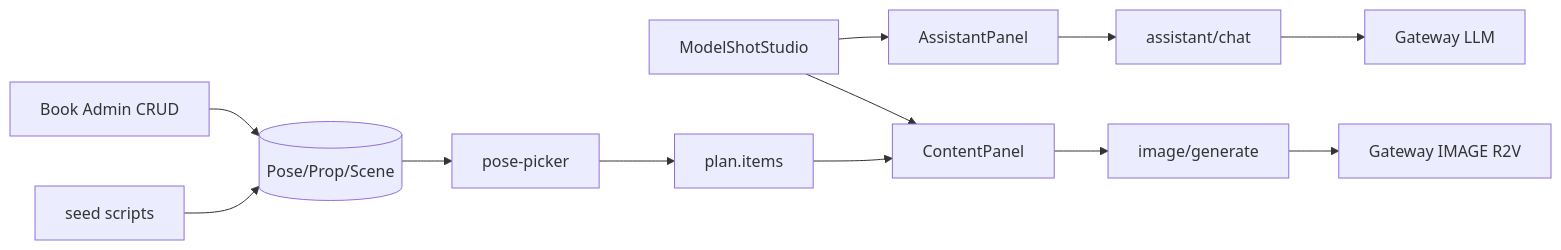
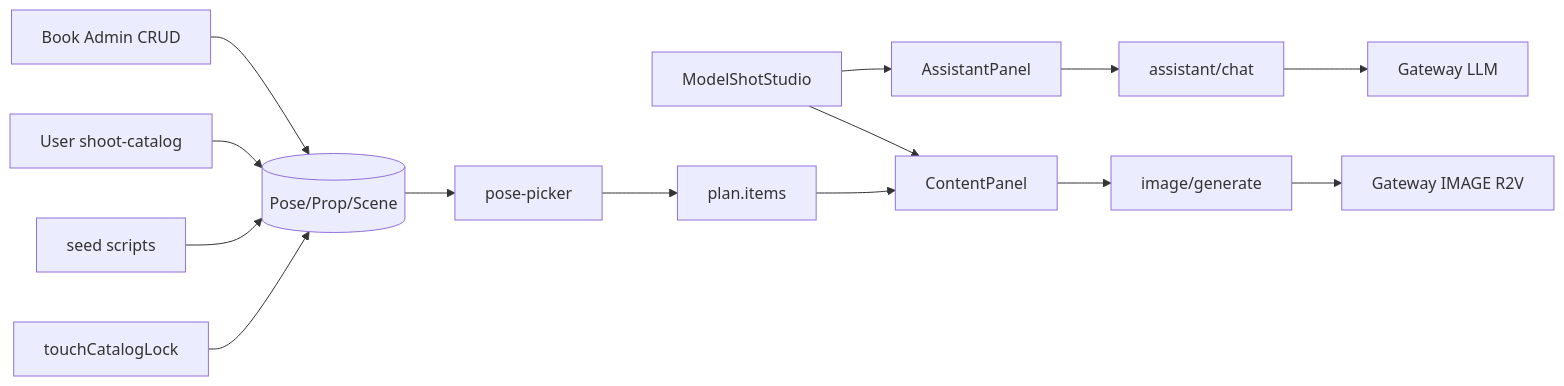
The diagram in book-mall/doc/模特姿势/solution.md (priceLiu/book-mall), drawn with Mermaid before and after one commit. The commit also changed other lines of this file and 113 other files, not shown here.

Commit message:
feat: 拉片, 模特服装图

````diff
--- a/book-mall/doc/模特姿势/solution.md
+++ b/book-mall/doc/模特姿势/solution.md
@@ -8,14 +9,16 @@
 ```mermaid
 flowchart LR
   Admin[Book Admin CRUD] --> CatalogDB[(Pose/Prop/Scene)]
+  UserLib[User shoot-catalog] --> CatalogDB
   Seed[seed scripts] --> CatalogDB
   CatalogDB --> Picker[pose-picker]
   Studio[ModelShotStudio] --> Assistant[AssistantPanel]
   Studio --> Content[ContentPanel]
   Assistant --> ChatAPI[assistant/chat]
   ChatAPI --> GW[Gateway LLM]
   Content --> GenAPI[image/generate]
   GenAPI --> ImgGW[Gateway IMAGE R2V]
   Picker --> Plan[plan.items]
   Plan --> Content
+  Lock[touchCatalogLock] --> CatalogDB
 ```
````
